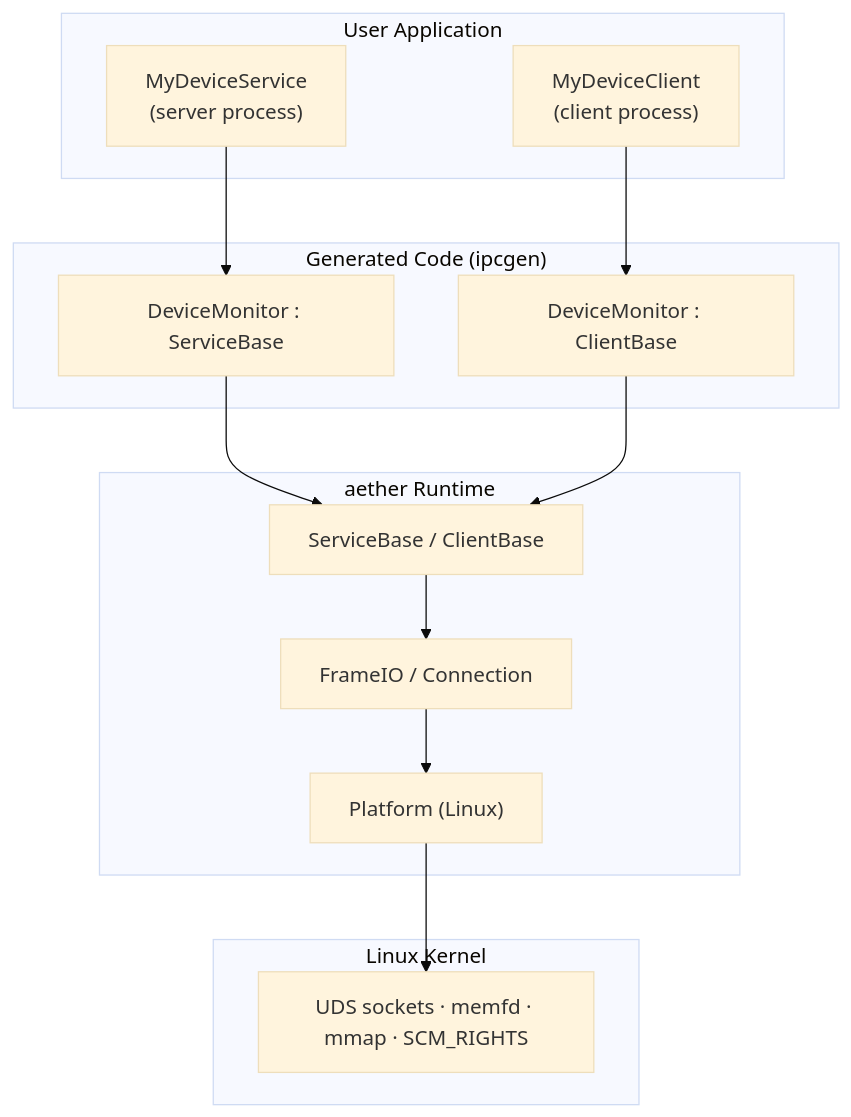
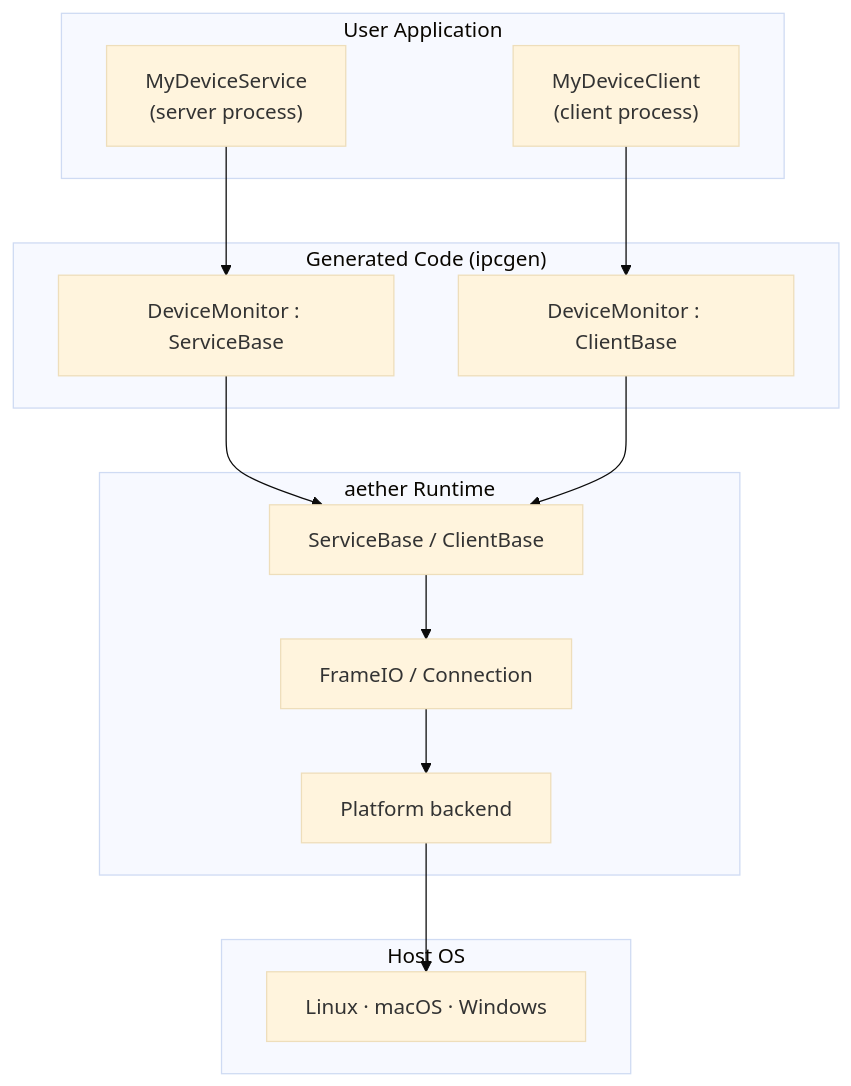
One commit to Mrunmoy/aether changed the first of 3 diagrams in doc/aether-hld.md. Above: the diagram before and after it, drawn with Mermaid (base theme). The commit also changed other lines of this file and 3 other files, not shown here.

````diff
--- a/doc/aether-hld.md
+++ b/doc/aether-hld.md
@@ -17,30 +18,30 @@
 ```mermaid
 graph TD
     subgraph "User Application"
         MS["MyDeviceService<br/>(server process)"]
         MC["MyDeviceClient<br/>(client process)"]
     end
 
     subgraph "Generated Code (ipcgen)"
         GS["DeviceMonitor : ServiceBase"]
         GC["DeviceMonitor : ClientBase"]
     end
 
     subgraph "aether Runtime"
         SB["ServiceBase / ClientBase"]
         FIO["FrameIO / Connection"]
-        PLAT["Platform (Linux)"]
+        PLAT["Platform backend"]
     end
 
-    subgraph "Linux Kernel"
-        K["UDS sockets · memfd · mmap · SCM_RIGHTS"]
+    subgraph "Host OS"
+        K["Linux · macOS · Windows"]
     end
 
     MS --> GS
     MC --> GC
     GS --> SB
     GC --> SB
     SB --> FIO
     FIO --> PLAT
     PLAT --> K
 ```
````
